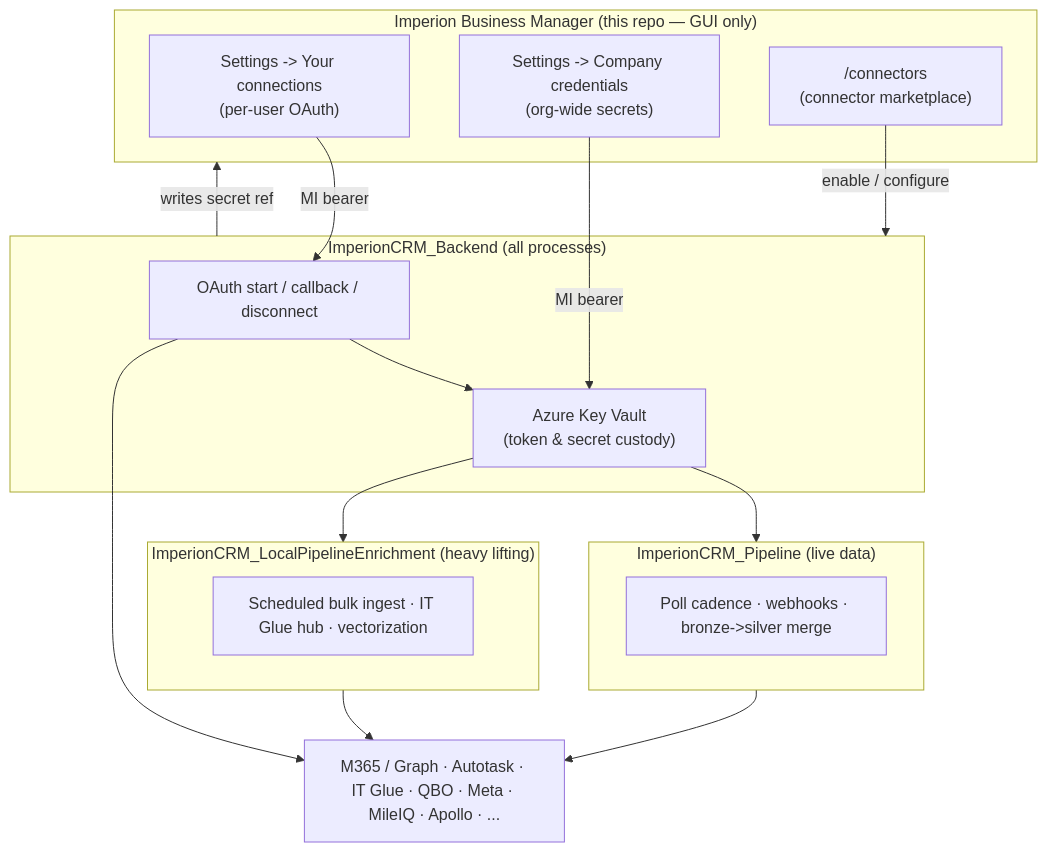
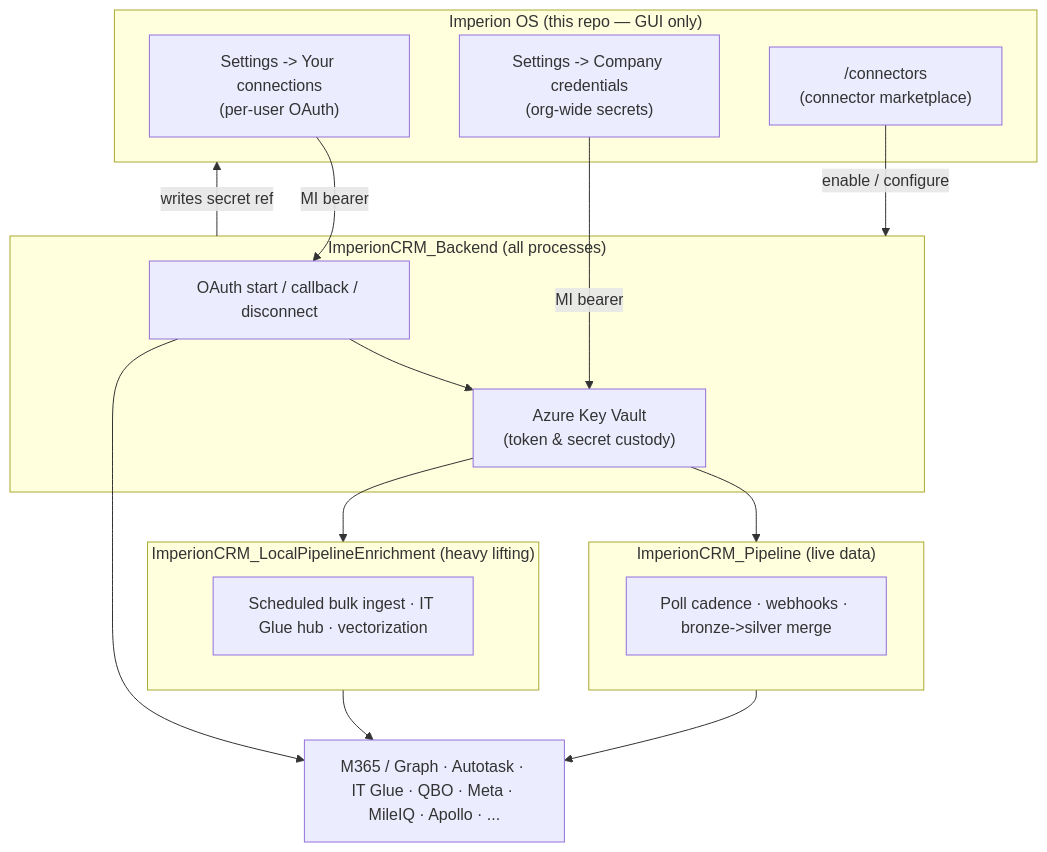
One commit to markdconnelly/ImperionCRM changed the first of 2 diagrams in docs/integrations/README.md. Above: the diagram before and after it, drawn with Mermaid. The commit also changed other lines of this file and 60 other files, not shown here.

````diff
--- a/docs/integrations/README.md
+++ b/docs/integrations/README.md
@@ -22,30 +22,30 @@
 ```mermaid
 flowchart TB
-    subgraph FE["Imperion Business Manager (this repo — GUI only)"]
+    subgraph FE["Imperion OS (this repo — GUI only)"]
         SET["Settings -> Your connections<br/>(per-user OAuth)"]
         CRED["Settings -> Company credentials<br/>(org-wide secrets)"]
         CAT["/connectors<br/>(connector marketplace)"]
     end
     subgraph BE["ImperionCRM_Backend (all processes)"]
         OAUTH["OAuth start / callback / disconnect"]
         KV["Azure Key Vault<br/>(token & secret custody)"]
     end
     subgraph PL["ImperionCRM_Pipeline (live data)"]
         POLL["Poll cadence · webhooks · bronze->silver merge"]
     end
     subgraph LP["ImperionCRM_LocalPipelineEnrichment (heavy lifting)"]
         BULK["Scheduled bulk ingest · IT Glue hub · vectorization"]
     end
     EXT["M365 / Graph · Autotask · IT Glue · QBO · Meta · MileIQ · Apollo · ..."]
 
     SET -->|MI bearer| OAUTH
     CRED -->|MI bearer| KV
     CAT -->|enable / configure| BE
     OAUTH --> KV
     BE -->|writes secret ref| FE
     KV --> PL
     KV --> LP
     PL --> EXT
     LP --> EXT
     OAUTH --> EXT
 ```
````
